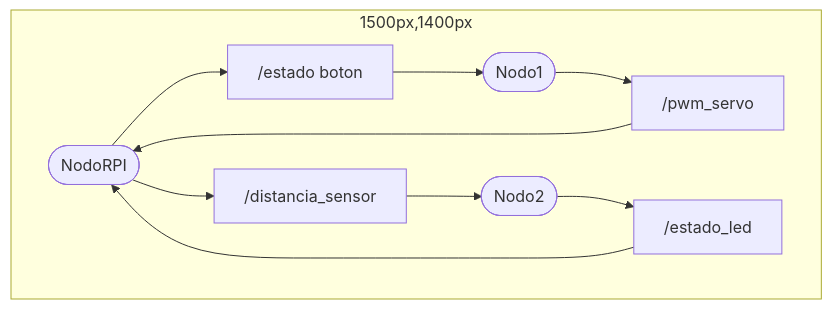
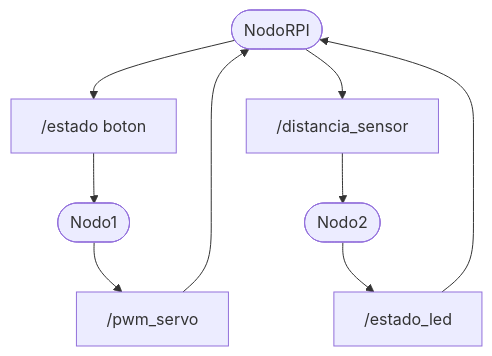
The second of 2 diagrams in talleres/Taller ROS/Presentacion Taller ROS.md (Troyanos-Robotics-Club/documentation-obsidian), drawn with Mermaid before and after one commit. The commit also changed other lines of this file, not shown here.

Commit message:
Corrected mermaid slides

````diff
--- a/talleres/Taller ROS/Presentacion Taller ROS.md
+++ b/talleres/Taller ROS/Presentacion Taller ROS.md
@@ -1299,11 +1300,9 @@
-```mermaid
+```mermaid <!-- element style="width:130%; height:auto;" -->
 graph TD
-	subgraph CustomSize [1500px,1400px]
-		RPI([NodoRPI]) --> B[" /estado boton"]
-		B --> C([Nodo1]) --> pwm["/pwm_servo"]
-		pwm --> RPI
-		RPI --> dist["/distancia_sensor"]
-		dist --> D([Nodo2])
-		D --> L["/estado_led"] --> RPI
-	end
+	RPI([NodoRPI]) --> B[" /estado boton"]
+	B --> C([Nodo1]) --> pwm["/pwm_servo"]
+	pwm --> RPI
+	RPI --> dist["/distancia_sensor"]
+	dist --> D([Nodo2])
+	D --> L["/estado_led"] --> RPI
 ```
````
